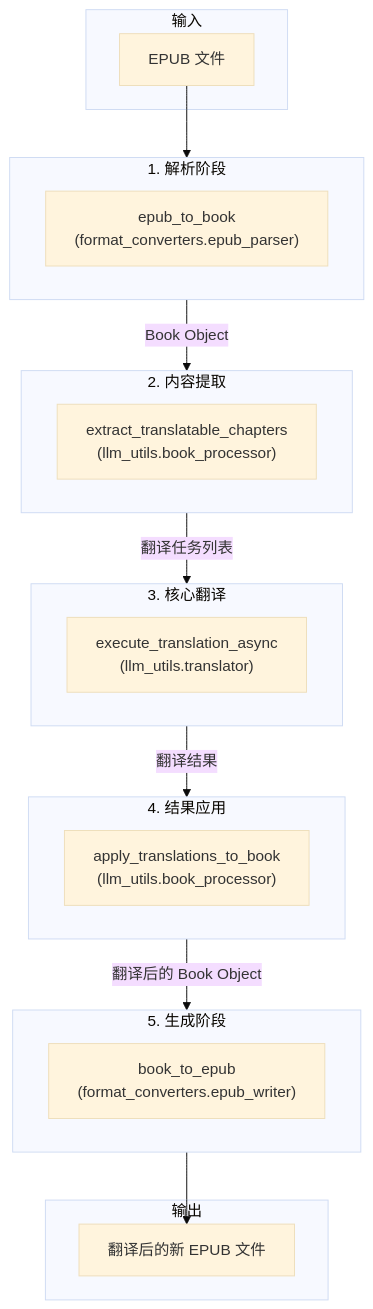
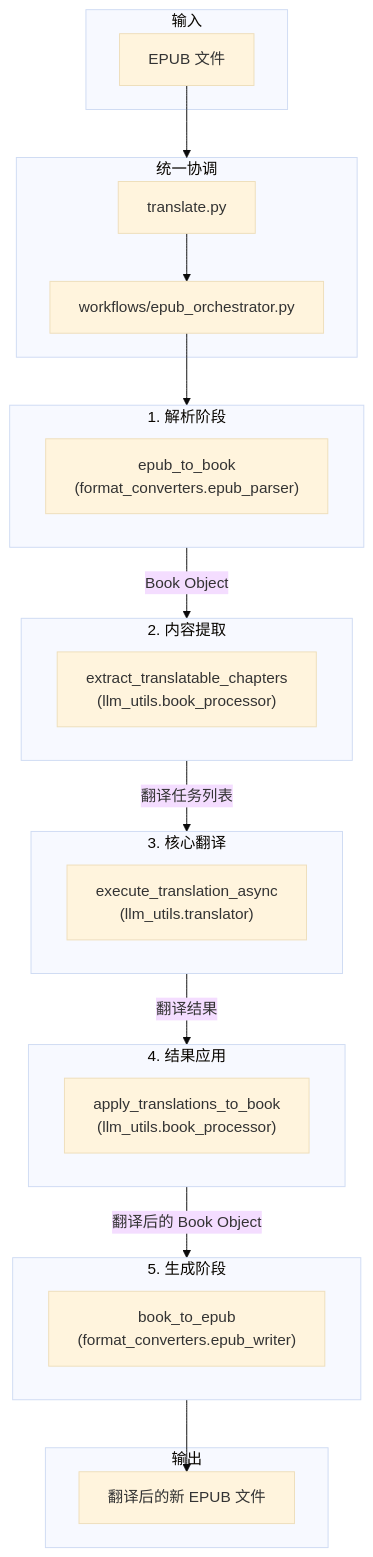
The diagram in docs/01_workflow_epub_translation.md (kuniyao/MultiMediaGenAI), drawn with Mermaid (base theme) before and after one commit. The commit also changed other lines of this file and 14 other files, not shown here.

````diff
--- a/docs/01_workflow_epub_translation.md
+++ b/docs/01_workflow_epub_translation.md
@@ -14,37 +14,45 @@
 ```mermaid
 graph TD;
     subgraph Input [输入]
         A[EPUB 文件]
+    end
+
+    subgraph Orchestration [统一协调]
+        O1[translate.py]
+        O2[workflows/epub_orchestrator.py]
     end
 
     subgraph Parsing [1. 解析阶段]
         direction LR
         B1["epub_to_book<br>(format_converters.epub_parser)"]
     end
 
     subgraph Extraction [2. 内容提取]
         direction LR
         C1["extract_translatable_chapters<br>(llm_utils.book_processor)"]
     end
     
     subgraph Translation [3. 核心翻译]
         direction LR
         D1["execute_translation_async<br>(llm_utils.translator)"]
     end
 
     subgraph Application [4. 结果应用]
         direction LR
         E1["apply_translations_to_book<br>(llm_utils.book_processor)"]
     end
 
     subgraph Writing [5. 生成阶段]
         direction LR
         F1["book_to_epub<br>(format_converters.epub_writer)"]
     end
 
     subgraph Output [输出]
         G[翻译后的新 EPUB 文件]
     end
 
-    A --> B1 -- Book Object --> C1 -- 翻译任务列表 --> D1 -- 翻译结果 --> E1 -- 翻译后的 Book Object --> F1 --> G;
+    A --> Orchestration;
+    O1 --> O2;
+    O2 --> B1;
+    B1 -- Book Object --> C1 -- 翻译任务列表 --> D1 -- 翻译结果 --> E1 -- 翻译后的 Book Object --> F1 --> G;
 ```
````
